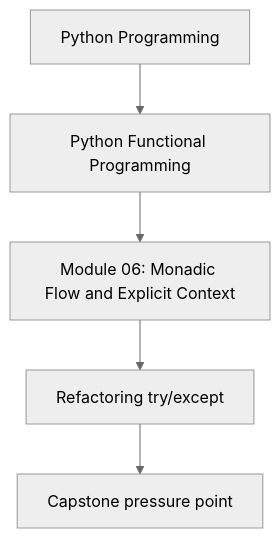
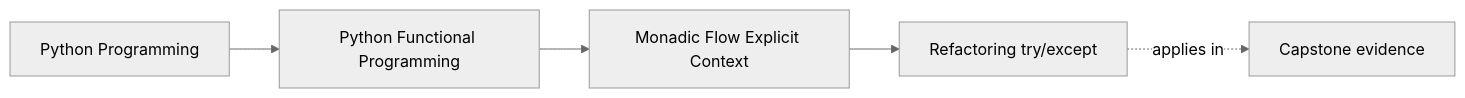
Before and after one commit to bijux/bijux-masterclass: the first of 2 diagrams in programs/python-programming/python-functional-programming/course-book/module-06-monadic-flow-explicit-context/refactoring-try-except.md, drawn with Mermaid (neutral theme). The commit also changed other lines of this file and 108 other files, not shown here.

Commit message:
docs(python-functional-programming): map capstone and advanced design surfaces

````diff
--- a/programs/python-programming/python-functional-programming/course-book/module-06-monadic-flow-explicit-context/refactoring-try-except.md
+++ b/programs/python-programming/python-functional-programming/course-book/module-06-monadic-flow-explicit-context/refactoring-try-except.md
@@ -7,7 +7,11 @@
 ```mermaid
-flowchart TD
-  family["Python Programming"] --> program["Python Functional Programming"]
-  program --> module["Module 06: Monadic Flow and Explicit Context"]
-  module --> concept["Refactoring try/except"]
-  concept --> capstone["Capstone pressure point"]
+graph LR
+  family["Python Programming"]
+  program["Python Functional Programming"]
+  section["Monadic Flow Explicit Context"]
+  page["Refactoring try/except"]
+  capstone["Capstone evidence"]
+
+  family --> program --> section --> page
+  page -.applies in.-> capstone
 ```
````
